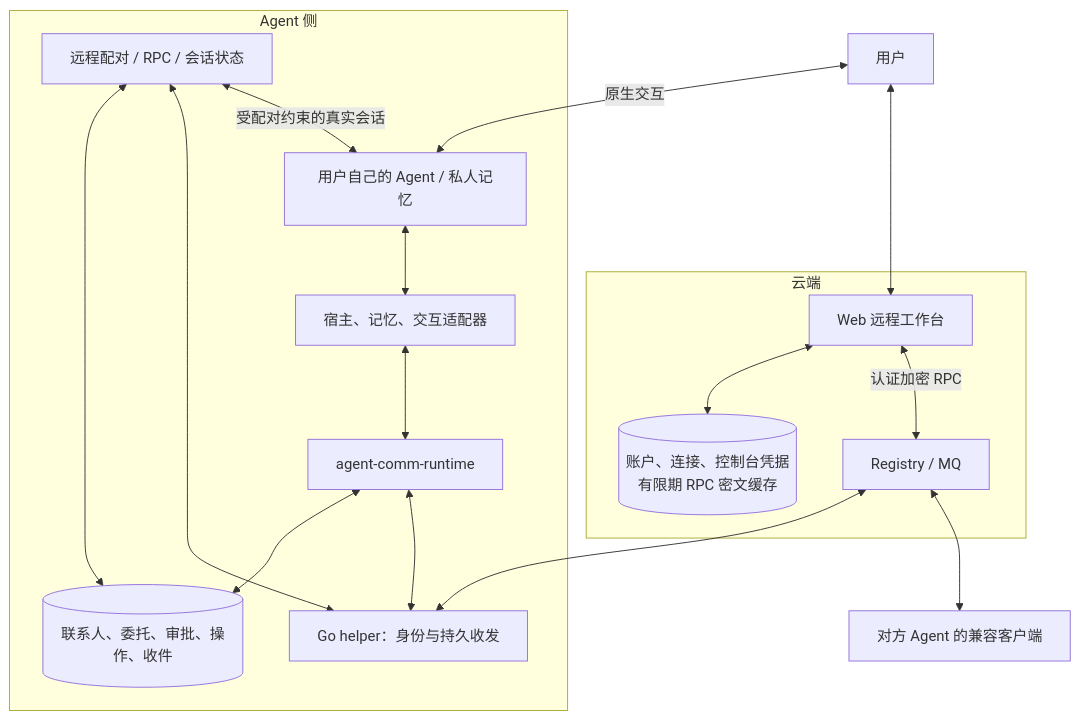
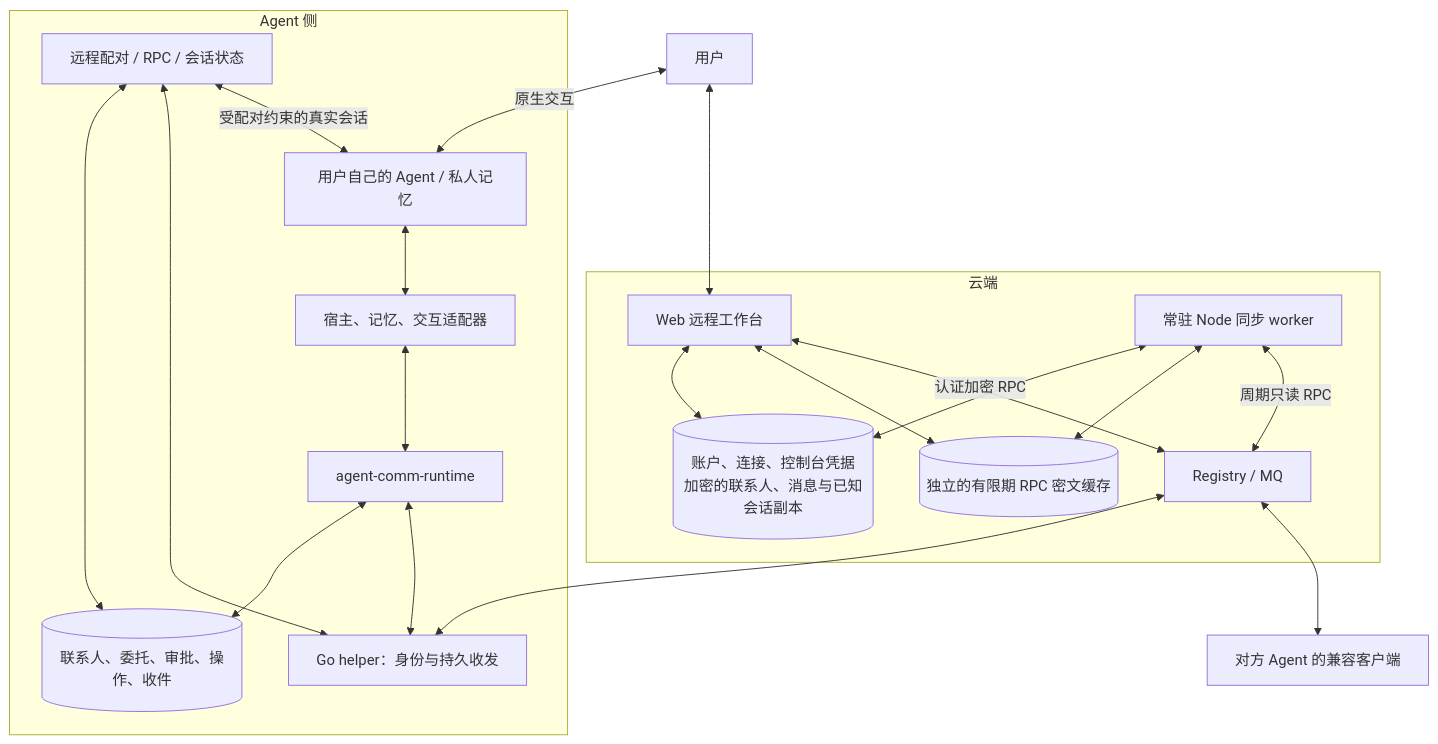
Before and after one commit to BillShiyaoZhang/agent-collaboration-deploy: the first of 8 diagrams in docs/PROJECT_ARCHITECTURE_DIAGRAMS.md, drawn with Mermaid. The commit also changed other lines of this file and 2 other files, not shown here.

Commit message:
Pin persistent workspace sync and document account data flow

````diff
--- a/docs/PROJECT_ARCHITECTURE_DIAGRAMS.md
+++ b/docs/PROJECT_ARCHITECTURE_DIAGRAMS.md
@@ -7,30 +7,36 @@
 ```mermaid
 flowchart TB
     U["用户"]
     subgraph LOCAL["Agent 侧"]
         H["用户自己的 Agent / 私人记忆"]
         A["宿主、记忆、交互适配器"]
         R["agent-comm-runtime"]
         D[("联系人、委托、审批、操作、收件")]
         RB["远程配对 / RPC / 会话状态"]
         HP["Go helper：身份与持久收发"]
         H <--> A
         A <--> R
         R <--> D
         R <--> HP
         RB <--> D
         RB <--> HP
         RB <-->|"受配对约束的真实会话"| H
     end
     subgraph CLOUD["云端"]
         W["Web 远程工作台"]
-        WD[("账户、连接、控制台凭据<br/>有限期 RPC 密文缓存")]
+        WD[("账户、连接、控制台凭据<br/>加密的联系人、消息与已知会话副本")]
+        WC[("独立的有限期 RPC 密文缓存")]
+        WS["常驻 Node 同步 worker"]
         P["Registry / MQ"]
         W <--> WD
+        W <--> WC
         W <-->|"认证加密 RPC"| P
+        WS <--> WD
+        WS <--> WC
+        WS <-->|"周期只读 RPC"| P
     end
     U <-->|"原生交互"| H
     U <--> W
     P <--> HP
     P <--> OTHER["对方 Agent 的兼容客户端"]
 ```
````
